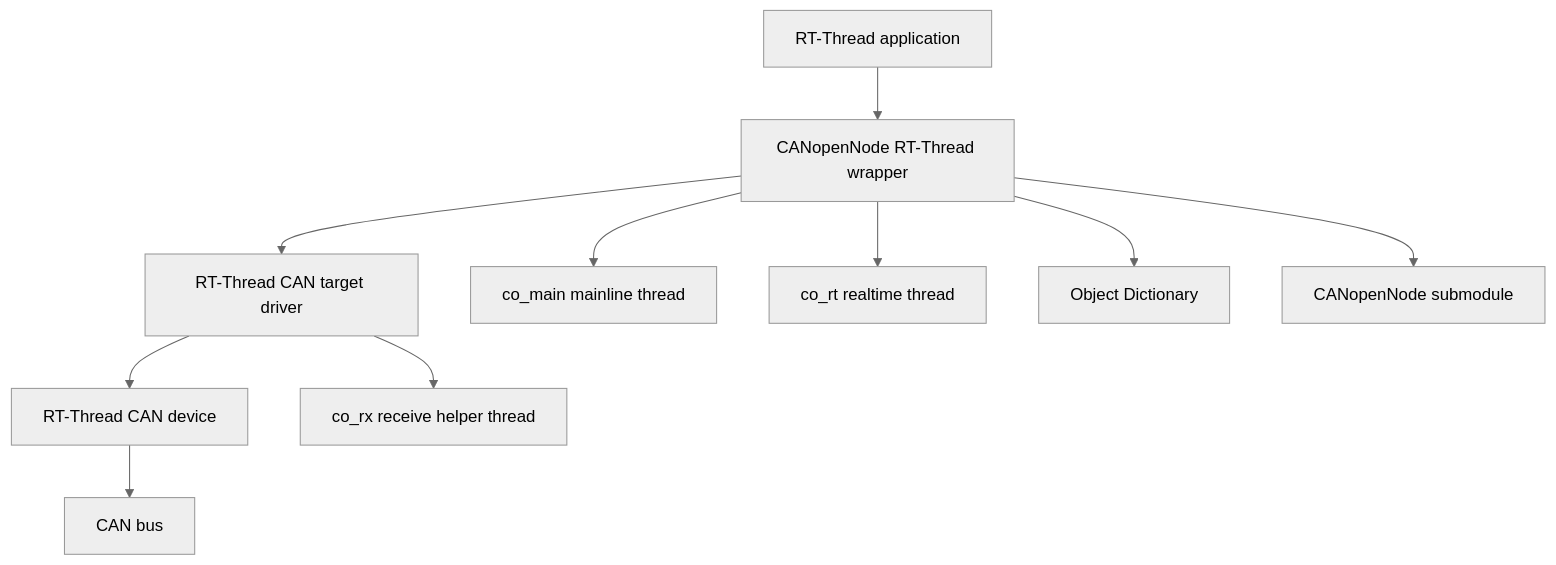
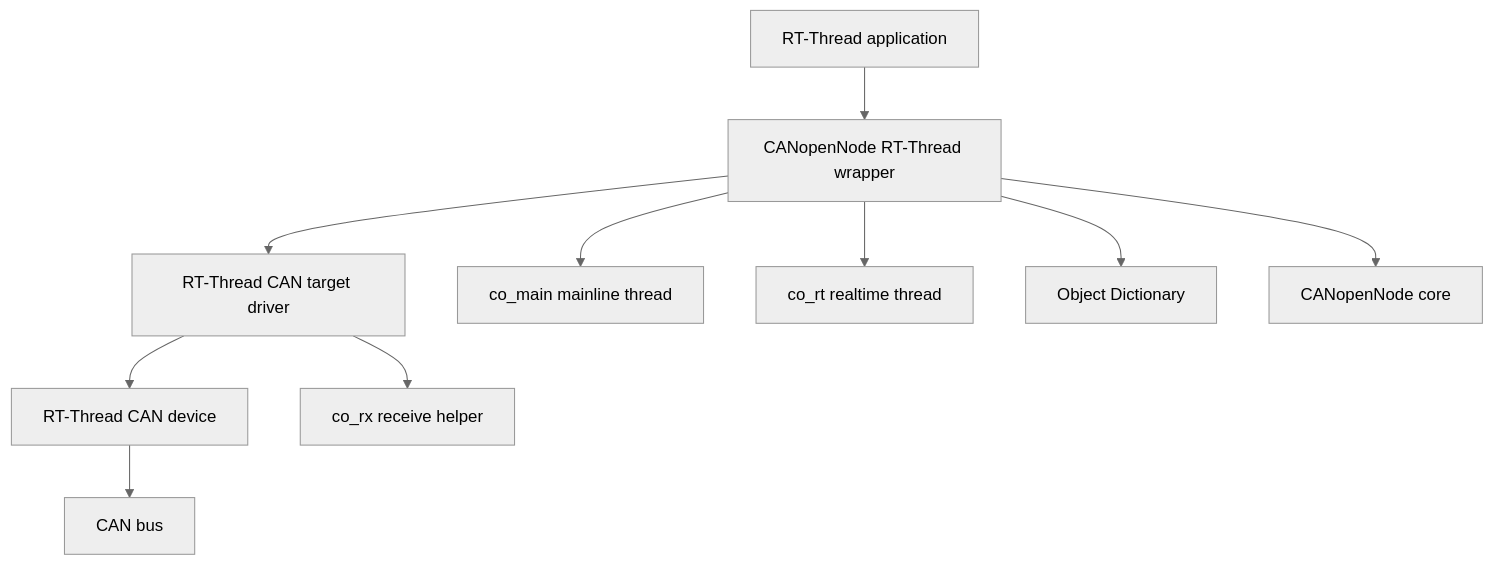
Before and after one commit to wdfk-prog/canopennode-rtt: the diagram in README.md, drawn with Mermaid (neutral theme). The commit also changed other lines of this file and 38 other files, not shown here.

First line of the commit message:
chore[CANopenNode]: clean up and restructure project documentation

````diff
--- a/README.md
+++ b/README.md
@@ -103,12 +80,12 @@
 ```mermaid
 flowchart TD
     App[RT-Thread application] --> Wrapper[CANopenNode RT-Thread wrapper]
     Wrapper --> Driver[RT-Thread CAN target driver]
     Driver --> CANDev[RT-Thread CAN device]
+    Driver --> Rx[co_rx receive helper]
     Wrapper --> Main[co_main mainline thread]
     Wrapper --> RealTime[co_rt realtime thread]
-    Driver --> Rx[co_rx receive helper thread]
     Wrapper --> OD[Object Dictionary]
-    Wrapper --> Core[CANopenNode submodule]
+    Wrapper --> Core[CANopenNode core]
     CANDev --> Bus[CAN bus]
 ```
````
